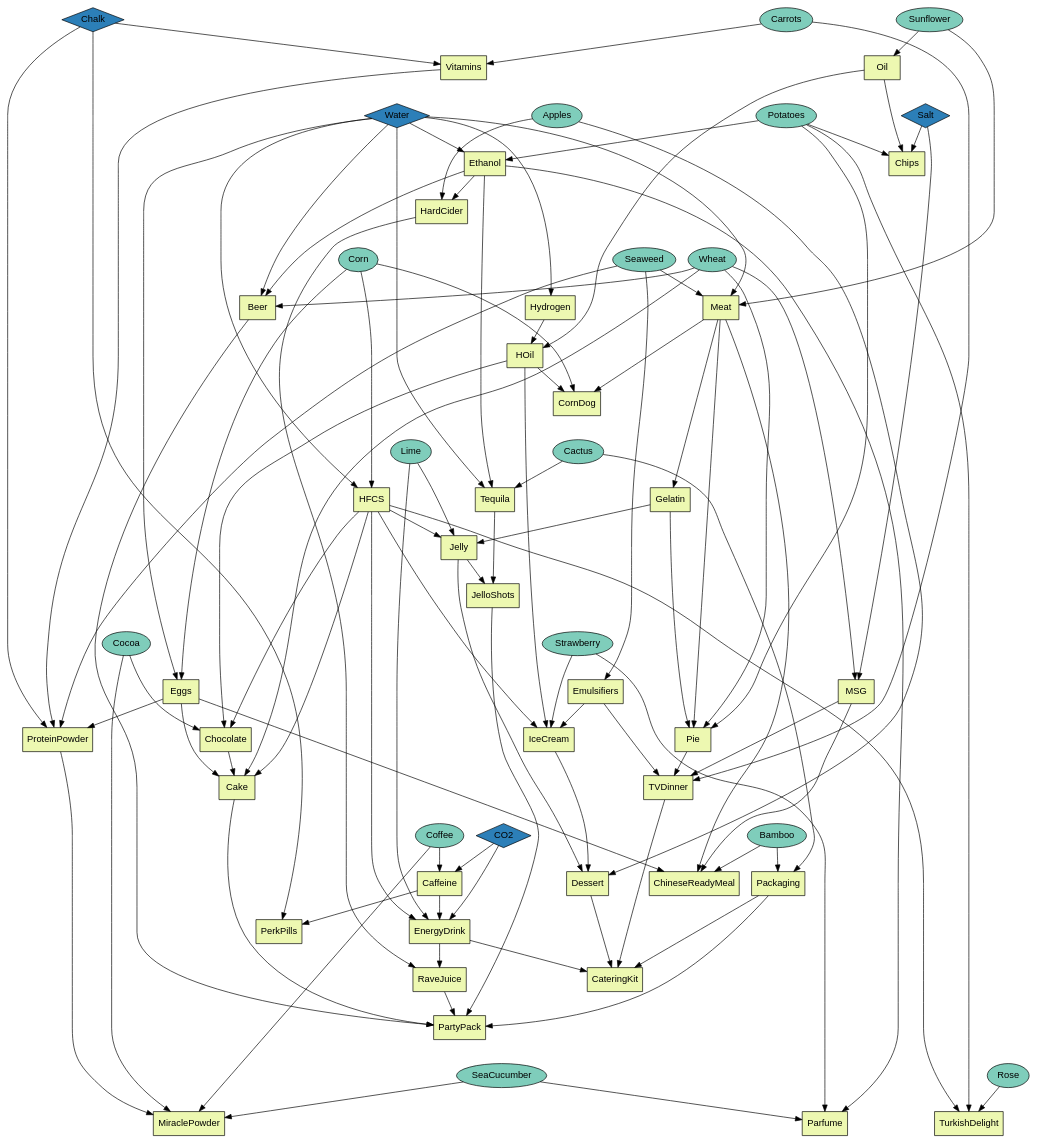
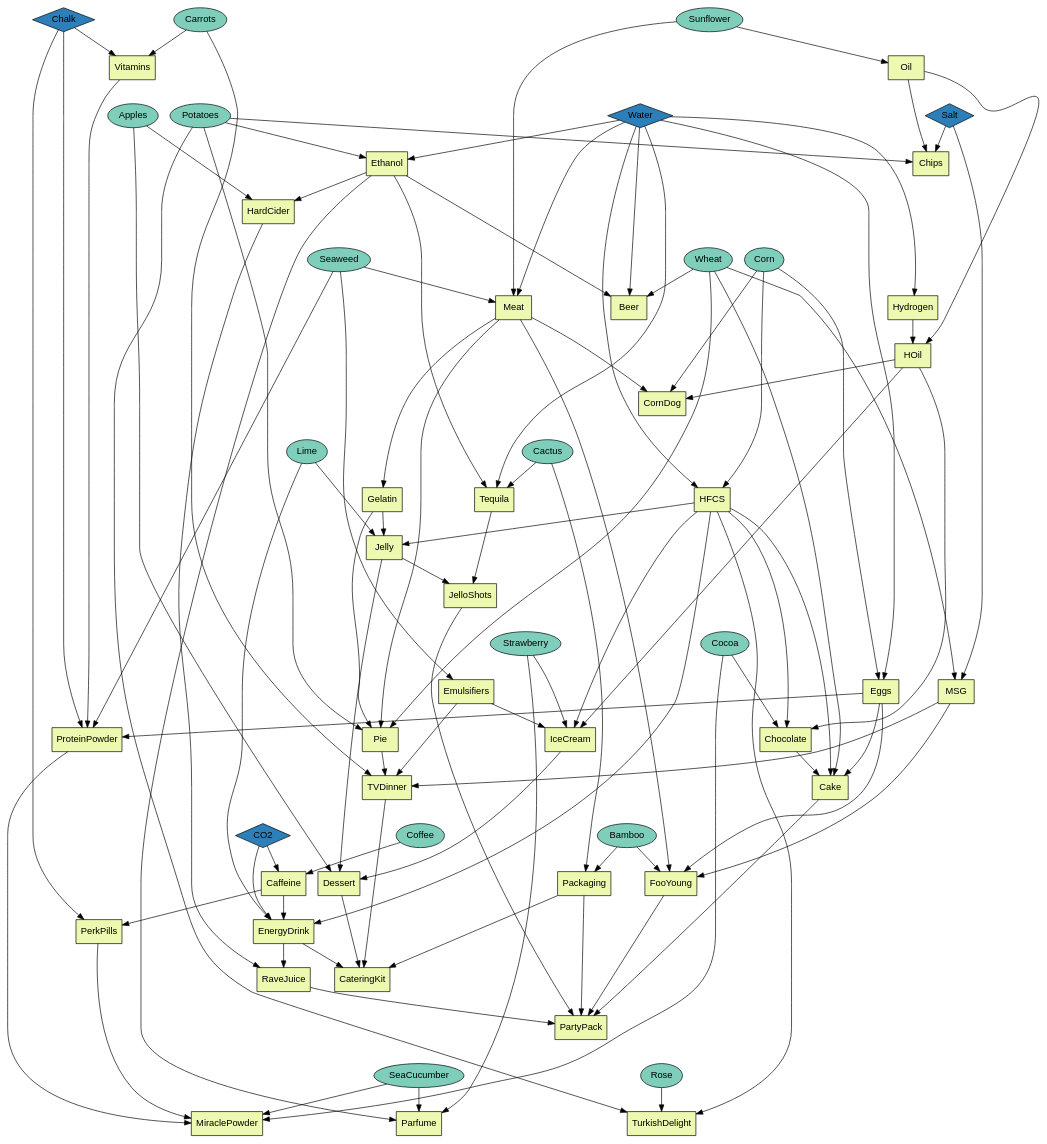
One commit to timboe/FactoryFarming changed the diagram in src/progression.dot. Above: the diagram before and after it, drawn with Graphviz. The commit also changed 5 other files, not shown here.

```diff
--- a/src/progression.dot
+++ b/src/progression.dot
@@ -6,7 +6,7 @@
      node [style="filled", fontname="Arial", colorscheme=ylgnbu3];
 
     Vitamins, Oil, Chips, Ethanol, HardCider, HFCS, Eggs, Tequila, Meat, MSG, Beer,
-    Emulsifiers, Hydrogen, IceCream, HOil, ProteinPowder, Chocolate, TVDinner, ChineseReadyMeal, Caffeine, EnergyDrink,
+    Emulsifiers, Hydrogen, IceCream, HOil, ProteinPowder, Chocolate, TVDinner, FooYoung, Caffeine, EnergyDrink,
     RaveJuice, JelloShots, Cake, CateringKit, Packaging, PartyPack, CornDog, Dessert, Jelly, 
     Gelatin, Pie, PerkPills, Rose, TurkishDelight, Parfume, MiraclePowder
     [shape=Square, fillcolor=1]
@@ -108,7 +108,7 @@
     }
     subgraph f5_a {
         rank="same"
-        Caffeine, Packaging, Dessert, ChineseReadyMeal
+        Caffeine, Packaging, Dessert, FooYoung
     }
     subgraph f5_b {
         rank="same"
@@ -268,12 +268,12 @@
     EnergyDrink -> CateringKit
     Packaging -> CateringKit
     
-    MSG -> ChineseReadyMeal
-    Eggs -> ChineseReadyMeal
-    Bamboo -> ChineseReadyMeal
-    Meat -> ChineseReadyMeal
+    MSG -> FooYoung
+    Eggs -> FooYoung
+    Bamboo -> FooYoung
+    Meat -> FooYoung
 
-    Beer -> PartyPack
+    FooYoung -> PartyPack
     JelloShots -> PartyPack
     Cake -> PartyPack
     RaveJuice -> PartyPack
@@ -287,7 +287,7 @@
     
     ProteinPowder -> MiraclePowder
     SeaCucumber -> MiraclePowder
-    Coffee -> MiraclePowder
+    PerkPills -> MiraclePowder
     Cocoa -> MiraclePowder
     
     Rose -> TurkishDelight
```
